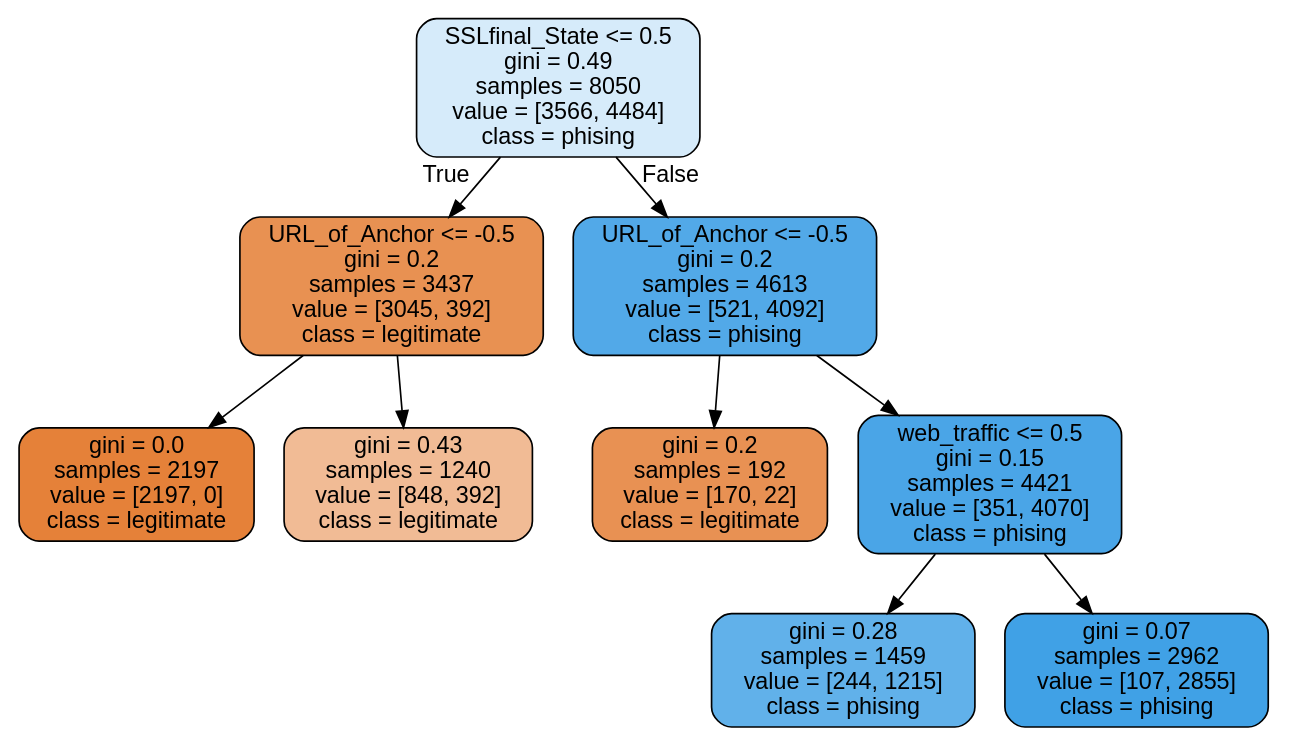
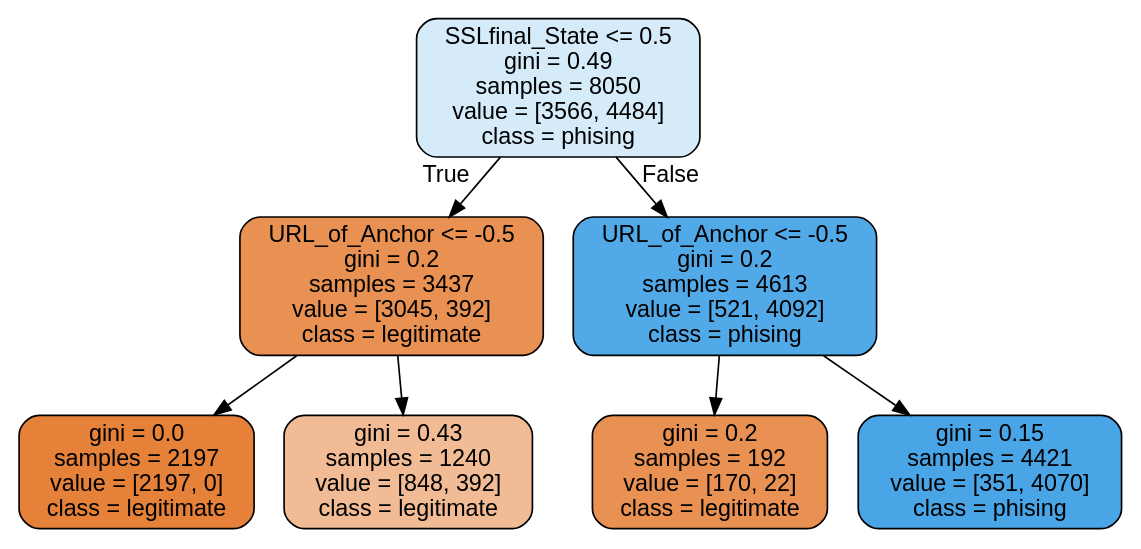
The diagram in Methods/Methods_3_DecisionTree/tree.dot (Yooru6/Machine-Learning-Group-Assignments), drawn with Graphviz before and after one commit. The commit also changed 2 other files, not shown here.

```diff
--- a/Methods/Methods_3_DecisionTree/tree.dot
+++ b/Methods/Methods_3_DecisionTree/tree.dot
@@ -1,21 +1,17 @@
 digraph Tree {
 node [shape=box, style="filled, rounded", color="black", fontname=helvetica] ;
 edge [fontname=helvetica] ;
 0 [label="SSLfinal_State <= 0.5\ngini = 0.49\nsamples = 8050\nvalue = [3566, 4484]\nclass = phising", fillcolor="#d6ebfa"] ;
 1 [label="URL_of_Anchor <= -0.5\ngini = 0.2\nsamples = 3437\nvalue = [3045, 392]\nclass = legitimate", fillcolor="#e89152"] ;
 0 -> 1 [labeldistance=2.5, labelangle=45, headlabel="True"] ;
 2 [label="gini = 0.0\nsamples = 2197\nvalue = [2197, 0]\nclass = legitimate", fillcolor="#e58139"] ;
 1 -> 2 ;
 3 [label="gini = 0.43\nsamples = 1240\nvalue = [848, 392]\nclass = legitimate", fillcolor="#f1bb95"] ;
 1 -> 3 ;
 4 [label="URL_of_Anchor <= -0.5\ngini = 0.2\nsamples = 4613\nvalue = [521, 4092]\nclass = phising", fillcolor="#52a9e8"] ;
 0 -> 4 [labeldistance=2.5, labelangle=-45, headlabel="False"] ;
 5 [label="gini = 0.2\nsamples = 192\nvalue = [170, 22]\nclass = legitimate", fillcolor="#e89153"] ;
 4 -> 5 ;
-6 [label="web_traffic <= 0.5\ngini = 0.15\nsamples = 4421\nvalue = [351, 4070]\nclass = phising", fillcolor="#4aa5e7"] ;
+6 [label="gini = 0.15\nsamples = 4421\nvalue = [351, 4070]\nclass = phising", fillcolor="#4aa5e7"] ;
 4 -> 6 ;
-7 [label="gini = 0.28\nsamples = 1459\nvalue = [244, 1215]\nclass = phising", fillcolor="#61b1ea"] ;
-6 -> 7 ;
-8 [label="gini = 0.07\nsamples = 2962\nvalue = [107, 2855]\nclass = phising", fillcolor="#40a1e6"] ;
-6 -> 8 ;
 }
```
